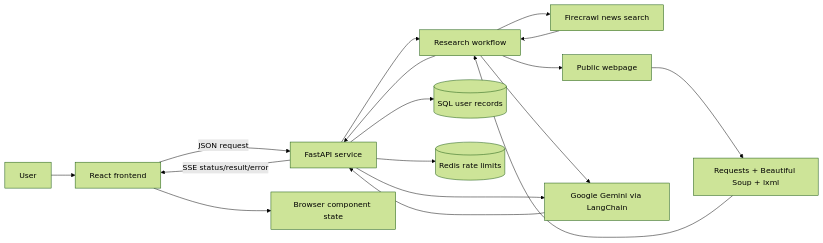
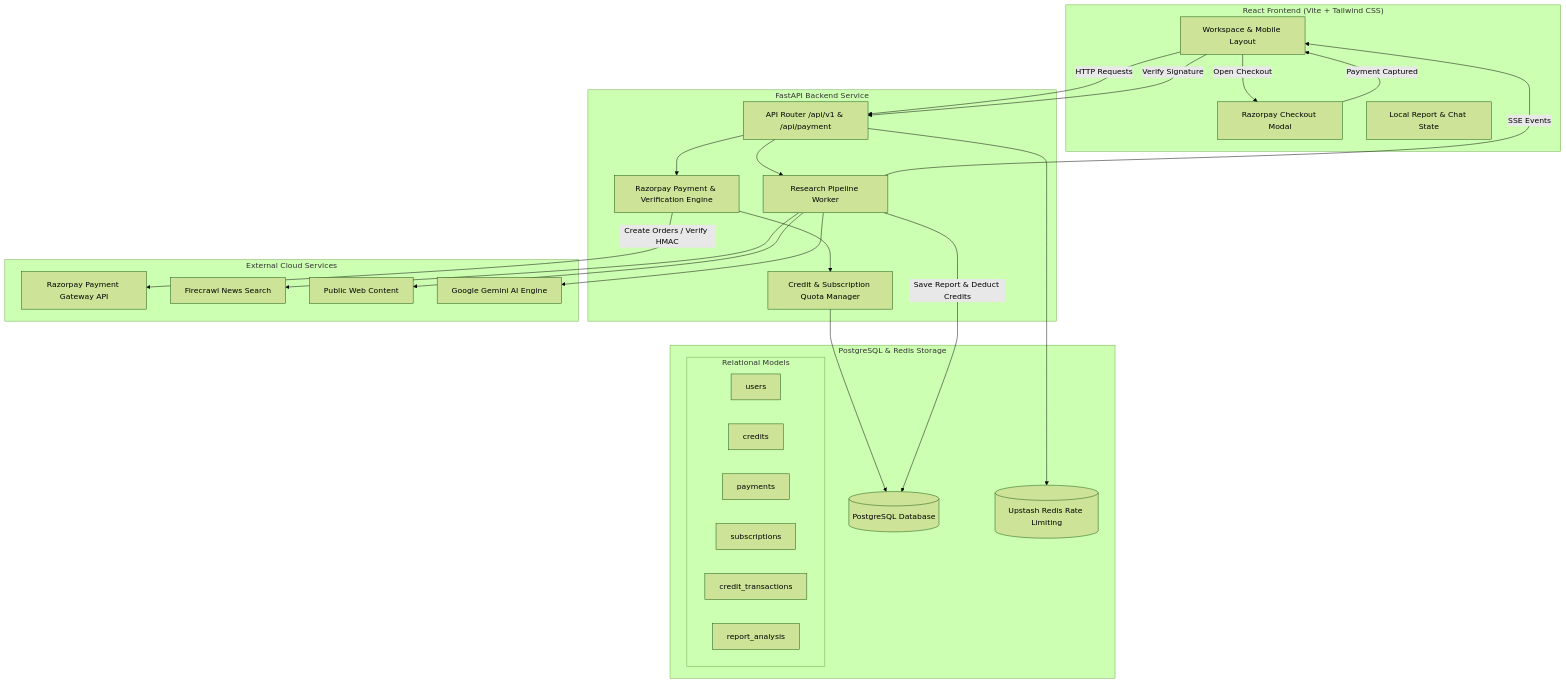
Before and after one commit to Ultriti-Tech/ResearchBand-Research-Report-Agent: the first of 5 diagrams in PROJECT_REPORT.md, drawn with Mermaid (forest theme). The commit also changed other lines of this file and 9 other files, not shown here.

First line of the commit message:
feat: Add report update functionality and new demo component

````diff
--- a/PROJECT_REPORT.md
+++ b/PROJECT_REPORT.md
@@ -351,19 +386,51 @@
 ```mermaid
-flowchart LR
-    U[User] --> FE[React frontend]
-    FE -->|JSON request| API[FastAPI service]
-    API -->|SSE status/result/error| FE
-    API --> PIPE[Research workflow]
-    PIPE --> FC[Firecrawl news search]
-    PIPE --> WEB[Public webpage]
-    WEB --> EXTRACT[Requests + Beautiful Soup + lxml]
-    PIPE --> GEM[Google Gemini via LangChain]
-    API --> GEM
-    API --> USERS[(SQL user records)]
-    API --> RL[(Redis rate limits)]
-    FE --> STATE[Browser component state]
-    GEM --> API
-    FC --> PIPE
-    EXTRACT --> PIPE
-    PIPE --> API
+flowchart TD
+    subgraph Frontend["React Frontend (Vite + Tailwind CSS)"]
+        UI[Workspace & Mobile Layout]
+        CHK[Razorpay Checkout Modal]
+        STATE[Local Report & Chat State]
+    end
+
+    subgraph Backend["FastAPI Backend Service"]
+        API[API Router /api/v1 & /api/payment]
+        PAY[Razorpay Payment & Verification Engine]
+        CRED[Credit & Subscription Quota Manager]
+        PIPE[Research Pipeline Worker]
+    end
+
+    subgraph Data["PostgreSQL & Redis Storage"]
+        DB[(PostgreSQL Database)]
+        subgraph Tables["Relational Models"]
+            T_USR[users]
+            T_CRD[credits]
+            T_PAY[payments]
+            T_SUB[subscriptions]
+            T_TXN[credit_transactions]
+            T_REP[report_analysis]
+        end
+        RL[(Upstash Redis Rate Limiting)]
+    end
+
+    subgraph Providers["External Cloud Services"]
+        RZP[Razorpay Payment Gateway API]
+        FC[Firecrawl News Search]
+        WEB[Public Web Content]
+        GEM[Google Gemini AI Engine]
+    end
+
+    UI -->|HTTP Requests| API
+    UI -->|Open Checkout| CHK
+    CHK -->|Payment Captured| UI
+    UI -->|Verify Signature| API
+    API --> PAY
+    PAY -->|Create Orders / Verify HMAC| RZP
+    PAY --> CRED
+    CRED --> DB
+    API --> PIPE
+    API --> RL
+    PIPE --> FC
+    PIPE --> WEB
+    PIPE --> GEM
+    PIPE -->|Save Report & Deduct Credits| DB
+    PIPE -->|SSE Events| UI
 ```
````
